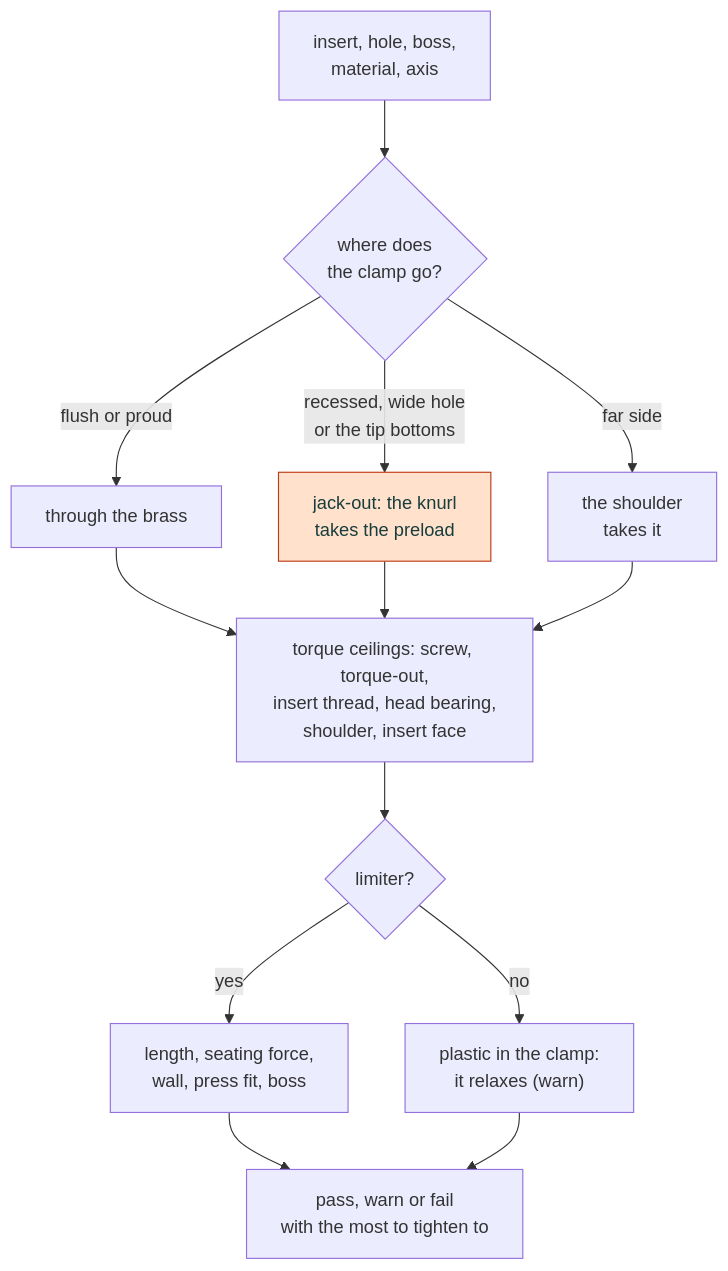
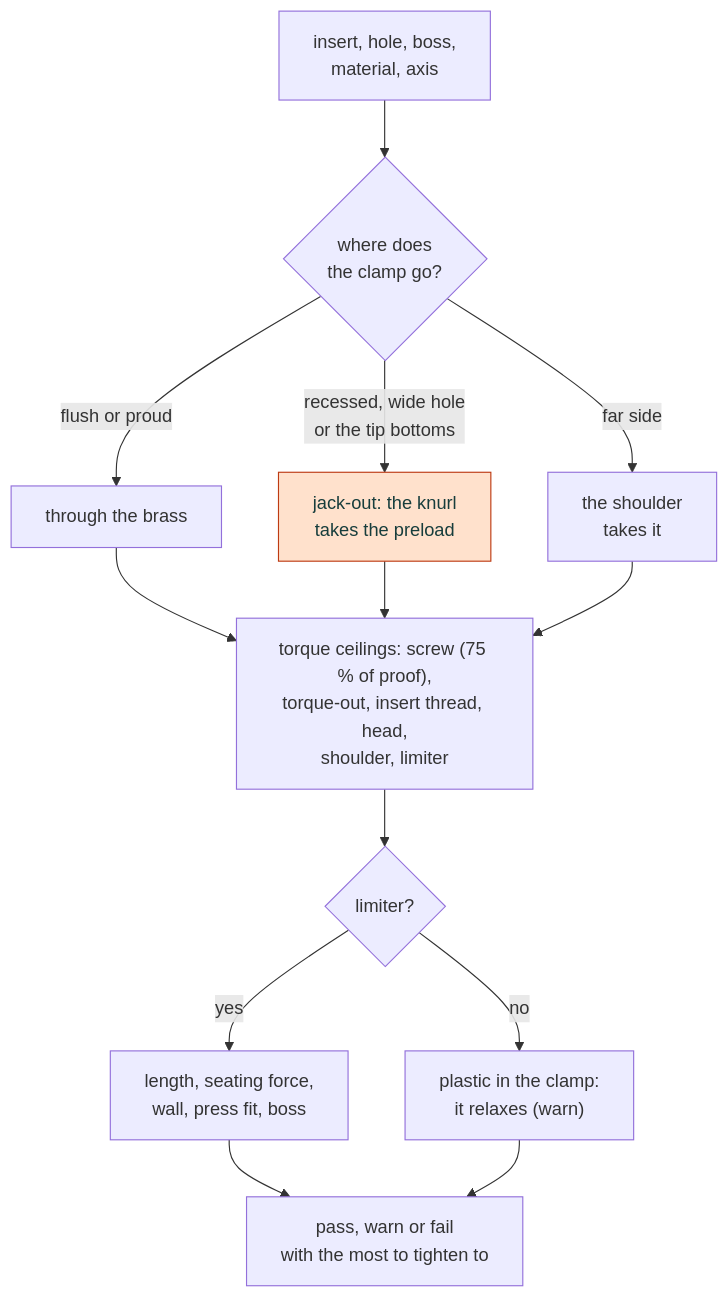
The diagram in docs/inserts.md (Valpatel/cad-agent), drawn with Mermaid before and after one commit. The commit also changed other lines of this file and 13 other files, not shown here.

````diff
--- a/docs/inserts.md
+++ b/docs/inserts.md
@@ -94,18 +95,18 @@
 ```mermaid
 flowchart TD
     I["insert, hole, boss,<br/>material, axis"] --> P{"where does<br/>the clamp go?"}
     P -->|"flush or proud"| T["through the brass"]
     P -->|"recessed, wide hole<br/>or the tip bottoms"| J["jack-out: the knurl<br/>takes the preload"]
     P -->|"far side"| S["the shoulder<br/>takes it"]
-    T --> C["torque ceilings: screw, torque-out,<br/>insert thread, head bearing,<br/>shoulder, insert face"]
+    T --> C["torque ceilings: screw (75 % of proof),<br/>torque-out, insert thread, head,<br/>shoulder, limiter"]
     J --> C
     S --> C
     C --> L{"limiter?"}
     L -->|"no"| R["plastic in the clamp:<br/>it relaxes (warn)"]
     L -->|"yes"| K["length, seating force,<br/>wall, press fit, boss"]
     K --> V["pass, warn or fail<br/>with the most to tighten to"]
     R --> V
     classDef here fill:#fffdf5,stroke:#173d3c,color:#173d3c
     classDef out fill:#ffe1cc,stroke:#bd3a12,color:#173d3c
     class J out
 ```
````
